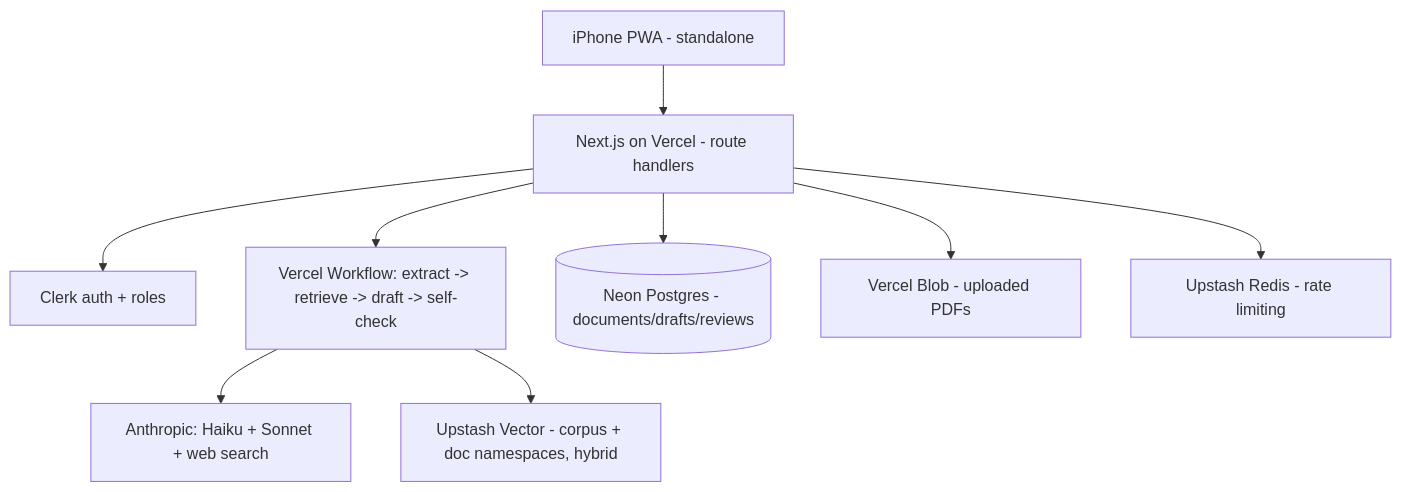
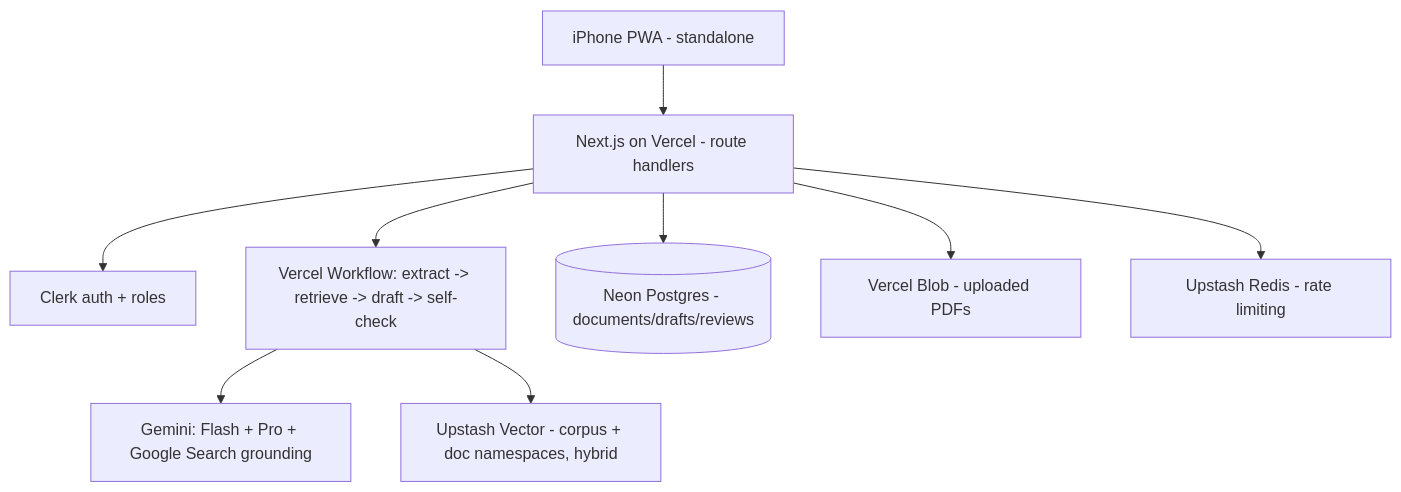
Before and after one commit to Parzivalart3mis/payguard: the diagram in README.md, drawn with Mermaid. The commit also changed other lines of this file and 16 other files, not shown here.

First line of the commit message:
feat: migrate AI provider from Anthropic to Google Gemini

````diff
--- a/README.md
+++ b/README.md
@@ -17,11 +17,11 @@
 ```mermaid
 flowchart TD
     A[iPhone PWA - standalone] --> B[Next.js on Vercel - route handlers]
     B --> C[Clerk auth + roles]
     B --> D[Vercel Workflow: extract -> retrieve -> draft -> self-check]
-    D --> E[Anthropic: Haiku + Sonnet + web search]
+    D --> E[Gemini: Flash + Pro + Google Search grounding]
     D --> F[Upstash Vector - corpus + doc namespaces, hybrid]
     B --> G[(Neon Postgres - documents/drafts/reviews)]
     B --> H[Vercel Blob - uploaded PDFs]
     B --> I[Upstash Redis - rate limiting]
 ```
````
